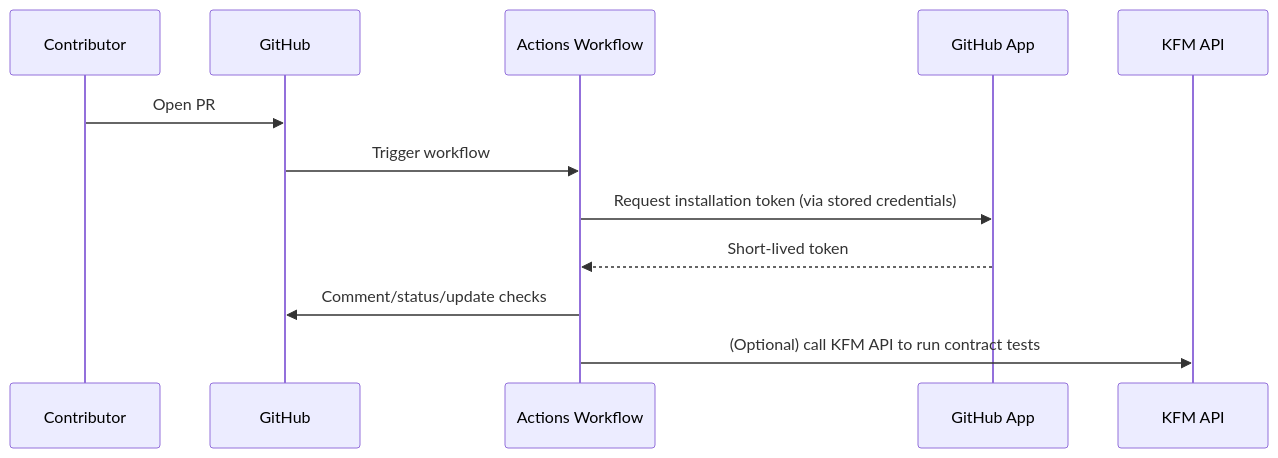
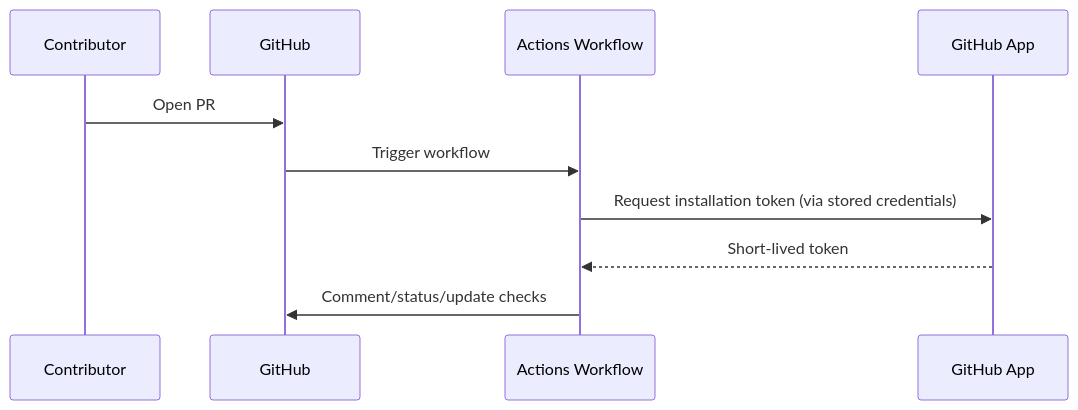
Before and after one commit to bartytime4life/Kansas-Frontier-Matrix: the second of 2 diagrams in .github/apps/README.md, drawn with Mermaid. The commit also changed other lines of this file, not shown here.

```diff
--- a/.github/apps/README.md
+++ b/.github/apps/README.md
@@ -151,14 +177,13 @@
 ~~~mermaid
 sequenceDiagram
   participant Dev as Contributor
   participant GH as GitHub
   participant WF as Actions Workflow
   participant App as GitHub App
-  participant API as KFM API
+
   Dev->>GH: Open PR
   GH->>WF: Trigger workflow
   WF->>App: Request installation token (via stored credentials)
   App-->>WF: Short-lived token
   WF->>GH: Comment/status/update checks
-  WF->>API: (Optional) call KFM API to run contract tests
 ~~~
```
